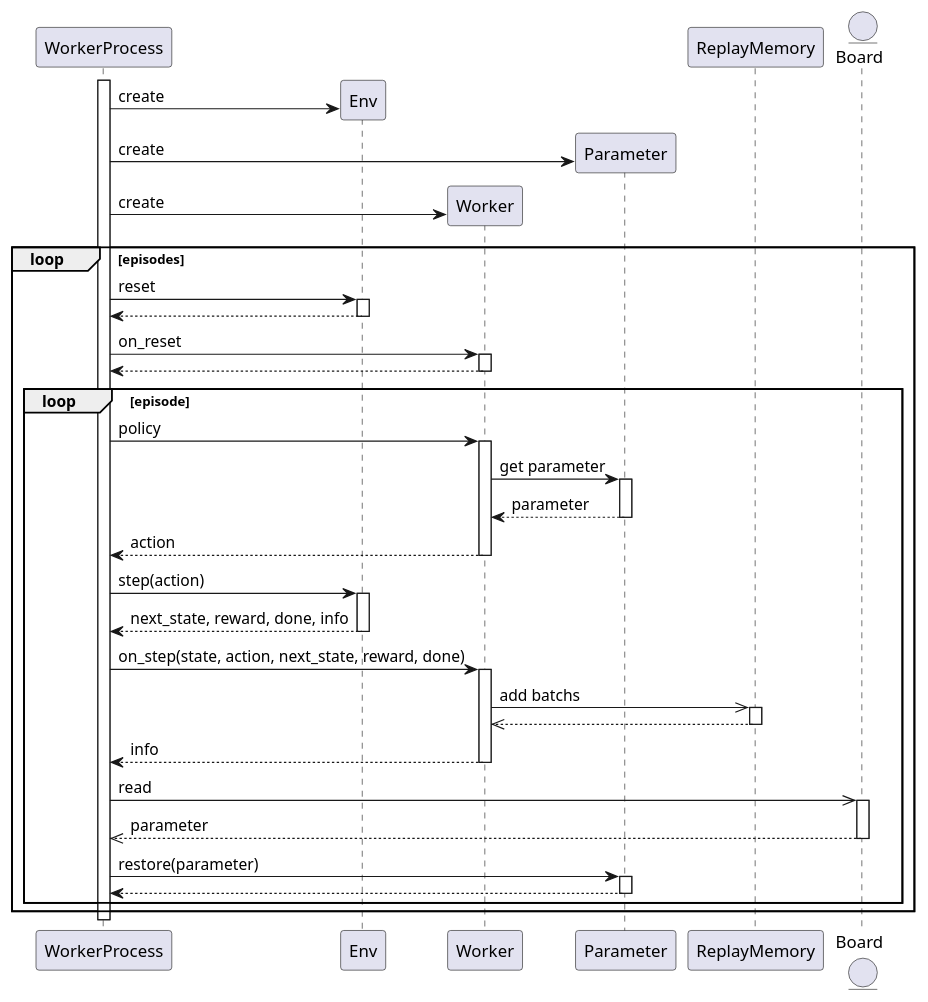
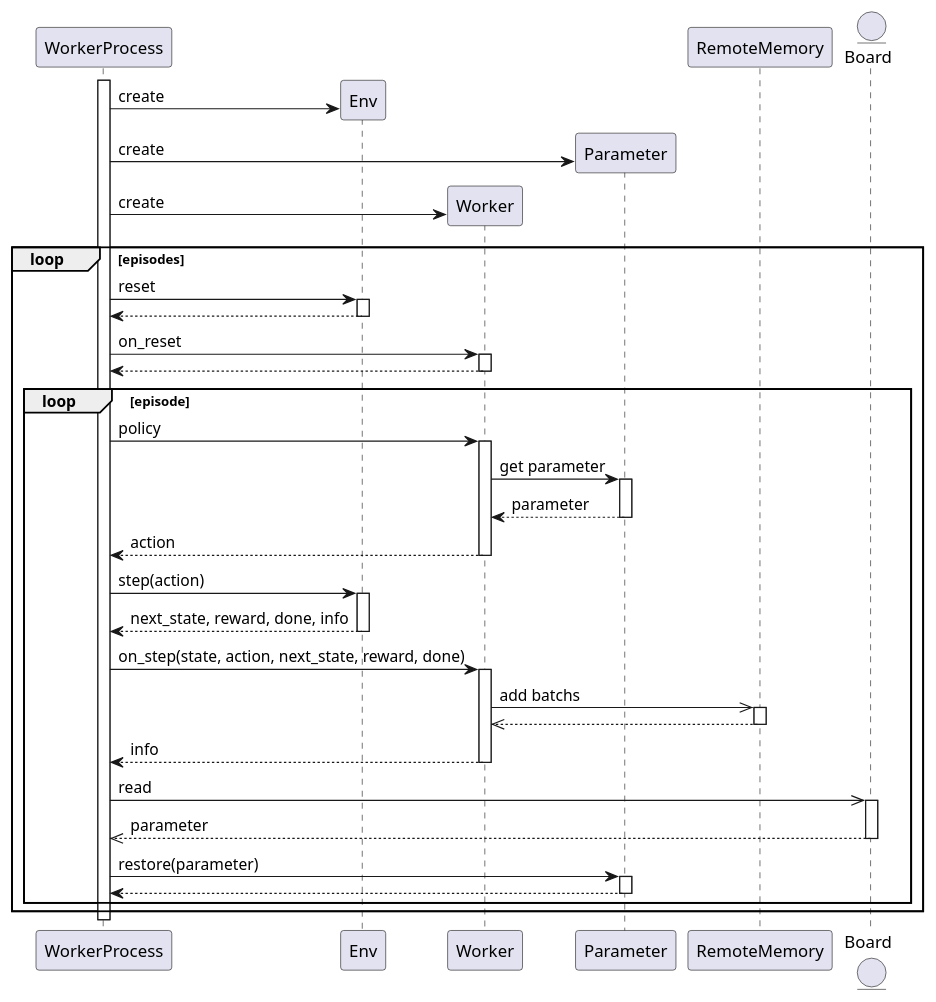
The diagram in diagrams/runner_mp_flow_worker.pu (pocokhc/simple_distributed_rl), drawn with PlantUML before and after one commit. The commit also changed 7 other files, not shown here.

```diff
--- a/diagrams/runner_mp_flow_worker.pu
+++ b/diagrams/runner_mp_flow_worker.pu
@@ -1,45 +1,45 @@
 @startuml
 autoactivate on
 
 participant WorkerProcess
 participant Env
 participant Worker
 participant Parameter
-participant ReplayMemory
+participant RemoteMemory
 entity Board
 
 
 activate WorkerProcess
 WorkerProcess -> Env ** : create
 WorkerProcess -> Parameter ** : create
 WorkerProcess -> Worker ** : create
 loop episodes
     WorkerProcess -> Env: reset
     return
     WorkerProcess -> Worker: on_reset
     return
 
     loop episode
         WorkerProcess -> Worker: policy
             Worker -> Parameter: get parameter
             return parameter
         return action
         WorkerProcess -> Env: step(action)
         return next_state, reward, done, info
 
         WorkerProcess -> Worker: on_step(state, action, next_state, reward, done)
-            Worker ->> ReplayMemory: add batchs
+            Worker ->> RemoteMemory: add batchs
             return
         return info
 
         WorkerProcess ->> Board: read
         return parameter
         WorkerProcess -> Parameter: restore(parameter)
         return
 
     end
 end
 deactivate WorkerProcess
 
 
 @enduml
```
